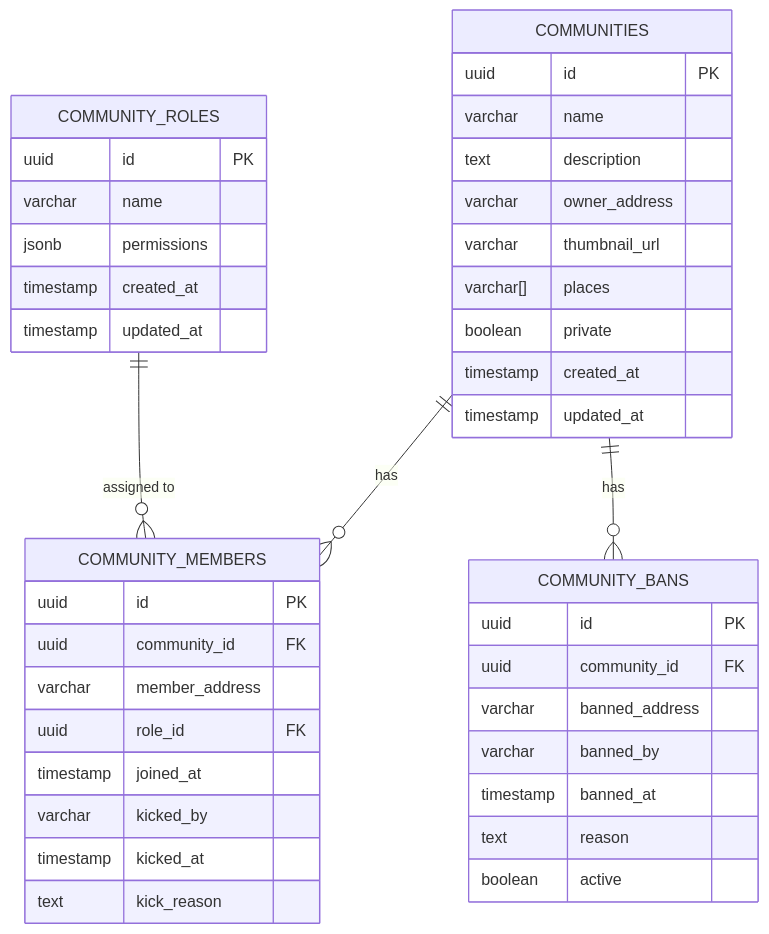
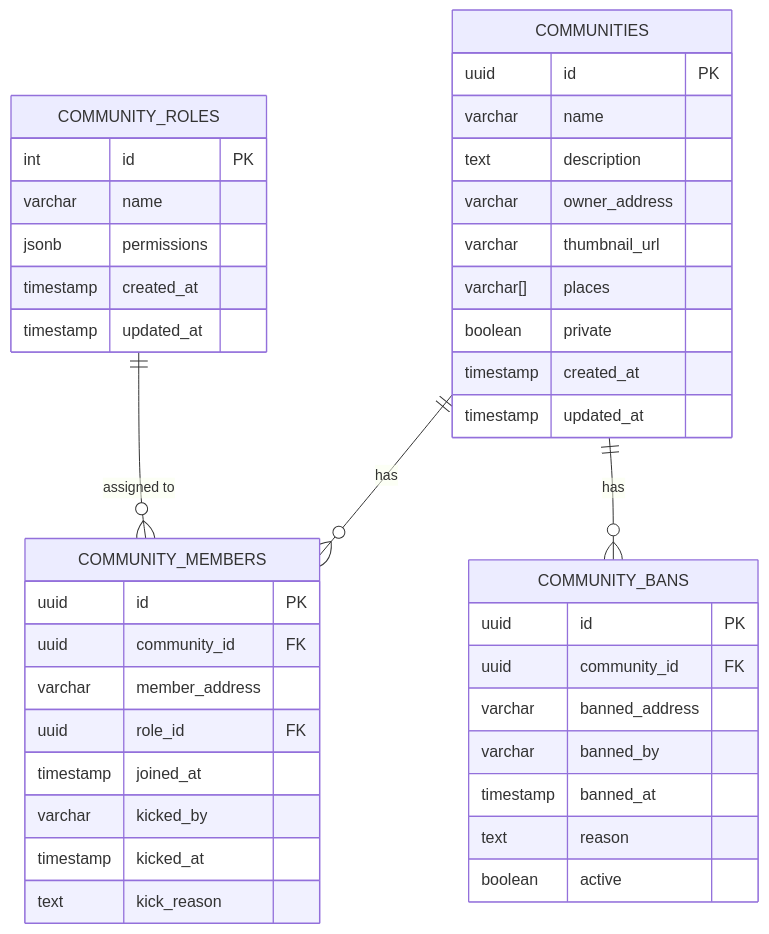
One commit to decentraland/social-service-ea changed the second of 4 diagrams in README.md. Above: the diagram before and after it, drawn with Mermaid. The commit also changed 2 other files, not shown here.

Commit message:
fix: Migration fixes

````diff
--- a/README.md
+++ b/README.md
@@ -93,44 +93,44 @@
 ```mermaid
 erDiagram
   COMMUNITIES {
     uuid id PK
     varchar name
     text description
     varchar owner_address
     varchar thumbnail_url
     varchar[] places
     boolean private
     timestamp created_at
     timestamp updated_at
   }
   COMMUNITY_ROLES {
-    uuid id PK
+    int id PK
     varchar name
     jsonb permissions
     timestamp created_at
     timestamp updated_at
   }
   COMMUNITY_MEMBERS {
     uuid id PK
     uuid community_id FK
     varchar member_address
     uuid role_id FK
     timestamp joined_at
     varchar kicked_by
     timestamp kicked_at
     text kick_reason
   }
   COMMUNITY_BANS {
     uuid id PK
     uuid community_id FK
     varchar banned_address
     varchar banned_by
     timestamp banned_at
     text reason
     boolean active
   }
 
   COMMUNITIES ||--o{ COMMUNITY_MEMBERS : "has"
   COMMUNITIES ||--o{ COMMUNITY_BANS : "has"
   COMMUNITY_ROLES ||--o{ COMMUNITY_MEMBERS : "assigned to"
 ```
````
